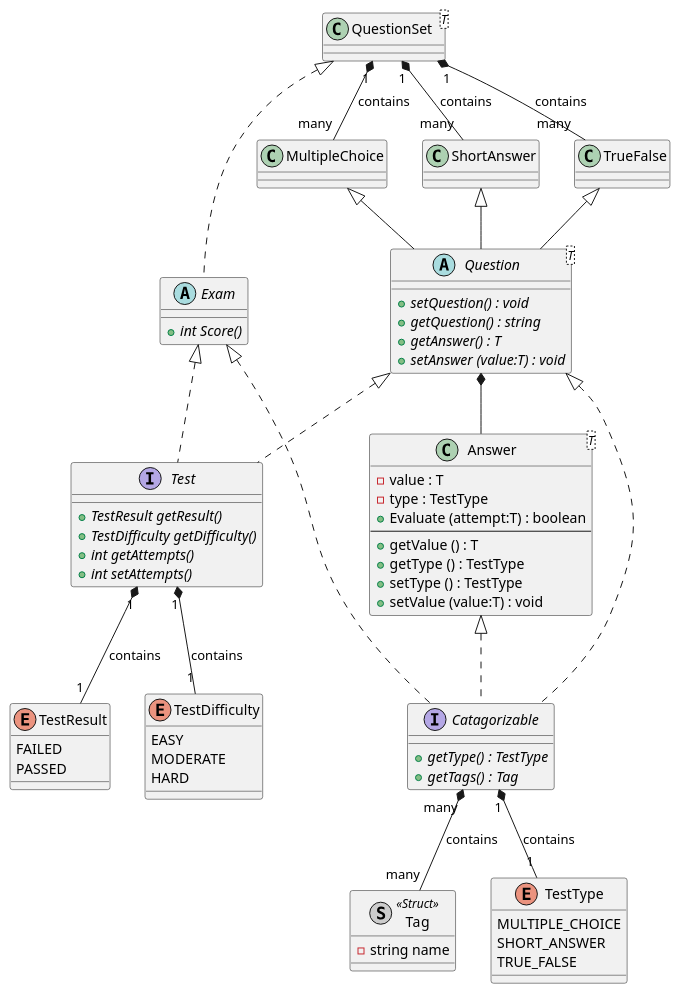
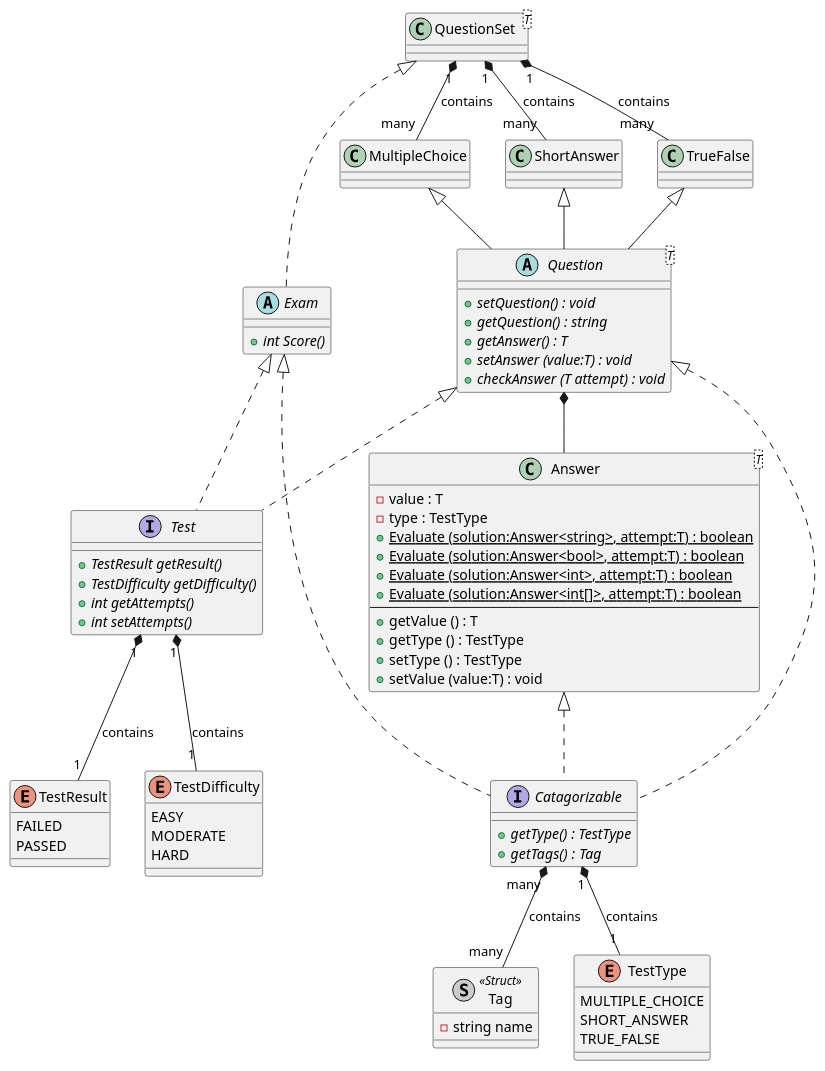
Before and after one commit to benjm-ma/quizzical: the diagram in uml/classes.puml, drawn with PlantUML.

Commit message:
Updated UML to reflect refractor

```diff
--- a/uml/classes.puml
+++ b/uml/classes.puml
@@ -1,90 +1,94 @@
 @startuml quizr
 
 
 class Tag << (S,#cccccc) Struct >>
 class Tag {
     - string name
 }
 
 interface Test {
     + {abstract} TestResult getResult()
     + {abstract} TestDifficulty getDifficulty()
     + {abstract} int getAttempts()
     + {abstract} int setAttempts()
 }
 
 Test "1" *-- "1" TestDifficulty : contains
 enum TestDifficulty {
     EASY
     MODERATE
     HARD
 }
 
 Test "1" *-- "1" TestResult : contains
 enum TestResult {
     FAILED
     PASSED
 }
 
 Catagorizable "1" *-- "1" TestType : contains
 Catagorizable "many" *-- "many" Tag :  contains
 interface Catagorizable {
     + {abstract} getType() : TestType
     + {abstract} getTags() : Tag
 }
 
 Question <|.. Test
 abstract Question <T> {
     + {abstract} setQuestion() : void
     + {abstract} getQuestion() : string
     + {abstract} getAnswer() : T
     + {abstract} setAnswer (value:T) : void
+    + {abstract} checkAnswer (T attempt) : void
 }
 
 
 enum TestType {
     MULTIPLE_CHOICE
     SHORT_ANSWER
     TRUE_FALSE
 }
 Question       <|..Catagorizable
 MultipleChoice <|--Question
 ShortAnswer    <|--Question
 TrueFalse      <|--Question
 
 class ShortAnswer {
 
 }
 class TrueFalse {
 
 }
 
 Exam <|.. Catagorizable
 Exam <|.. Test
 abstract Exam {
     + {abstract} int Score()
 }
 
 class QuestionSet<T> {
 
 }
 
 QuestionSet "1" *-- "many" TrueFalse: contains
 QuestionSet "1" *-- "many" ShortAnswer: contains
 QuestionSet "1" *-- "many" MultipleChoice: contains
 QuestionSet <|.. Exam
 
 Question *-- Answer
 Answer <|.. Catagorizable
 class Answer<T> {
     - value : T
     - type : TestType
-    + Evaluate (attempt:T) : boolean
+    + {static} Evaluate (solution:Answer<string>, attempt:T) : boolean
+    + {static} Evaluate (solution:Answer<bool>, attempt:T) : boolean
+    + {static} Evaluate (solution:Answer<int>, attempt:T) : boolean
+    + {static} Evaluate (solution:Answer<int[]>, attempt:T) : boolean
     --
     + getValue () : T
     + getType () : TestType
     + setType () : TestType
     + setValue (value:T) : void
 }
 
 @enduml
```
